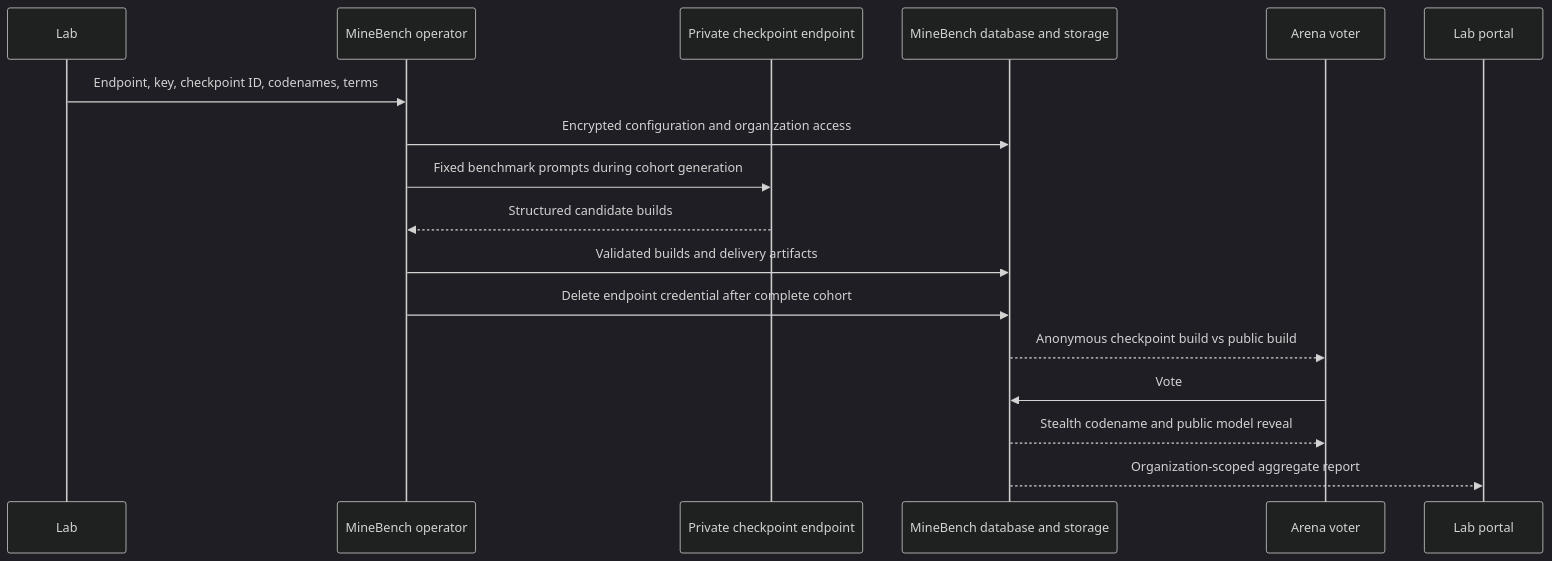
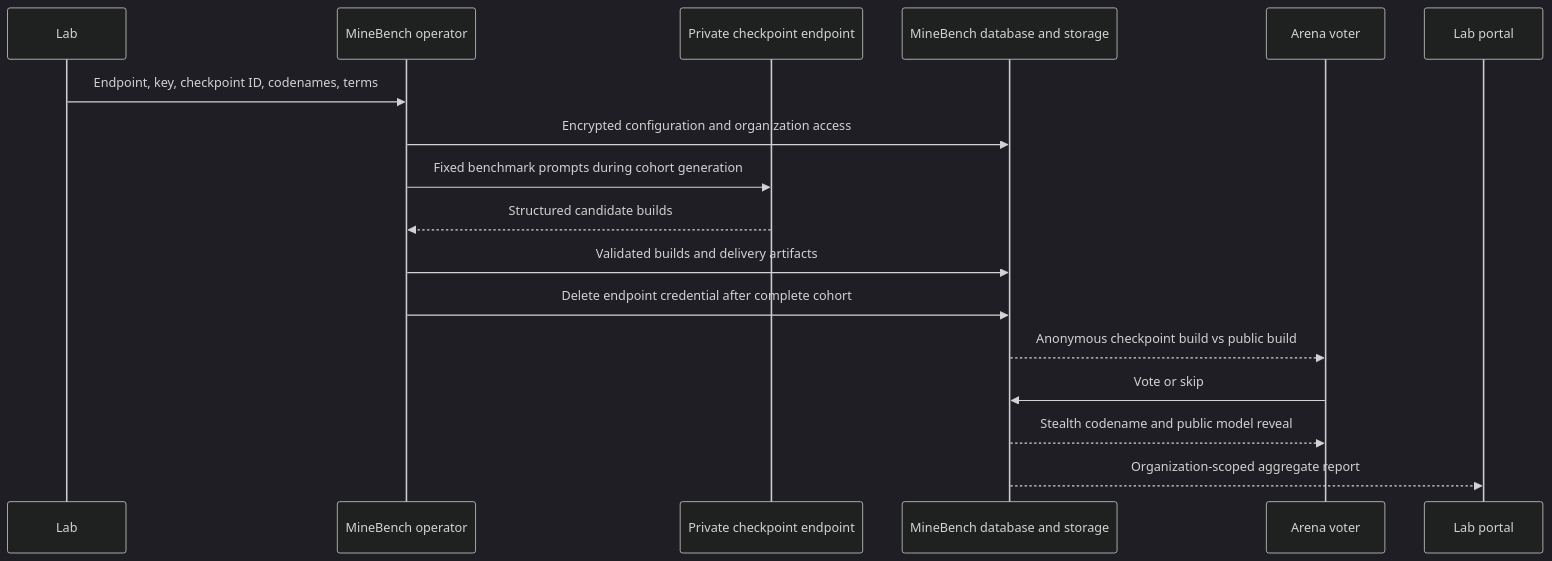
Before and after one commit to Ammaar-Alam/minebench: the diagram in docs/private-evaluations.md, drawn with Mermaid (dark theme). The commit also changed other lines of this file and 4 other files, not shown here.

````diff
--- a/docs/private-evaluations.md
+++ b/docs/private-evaluations.md
@@ -41,20 +41,20 @@
 ```mermaid
 sequenceDiagram
     participant Lab
     participant Operator as MineBench operator
     participant Endpoint as Private checkpoint endpoint
     participant Storage as MineBench database and storage
     participant Voter as Arena voter
     participant Portal as Lab portal
 
     Lab->>Operator: Endpoint, key, checkpoint ID, codenames, terms
     Operator->>Storage: Encrypted configuration and organization access
     Operator->>Endpoint: Fixed benchmark prompts during cohort generation
     Endpoint-->>Operator: Structured candidate builds
     Operator->>Storage: Validated builds and delivery artifacts
     Operator->>Storage: Delete endpoint credential after complete cohort
     Storage-->>Voter: Anonymous checkpoint build vs public build
-    Voter->>Storage: Vote
+    Voter->>Storage: Vote or skip
     Storage-->>Voter: Stealth codename and public model reveal
     Storage-->>Portal: Organization-scoped aggregate report
 ```
````
